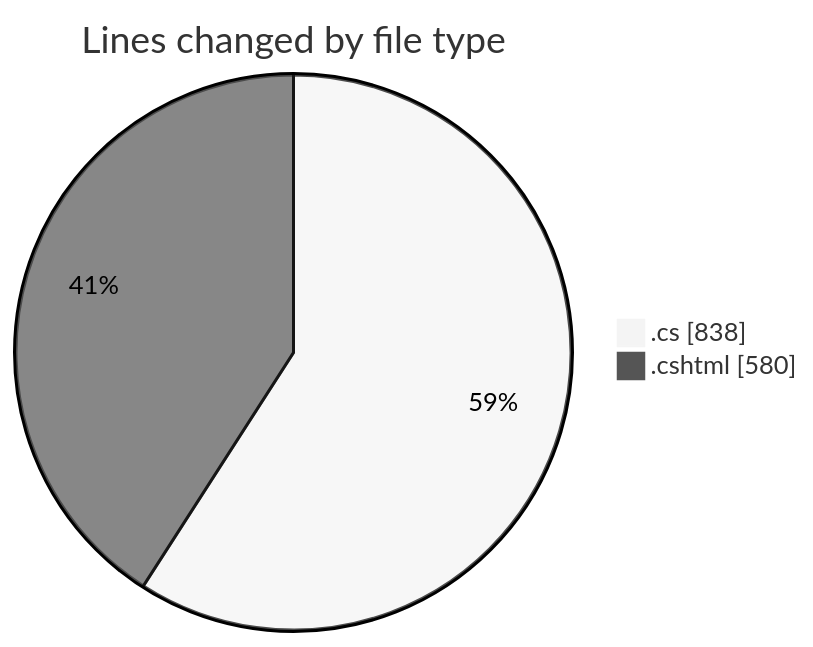
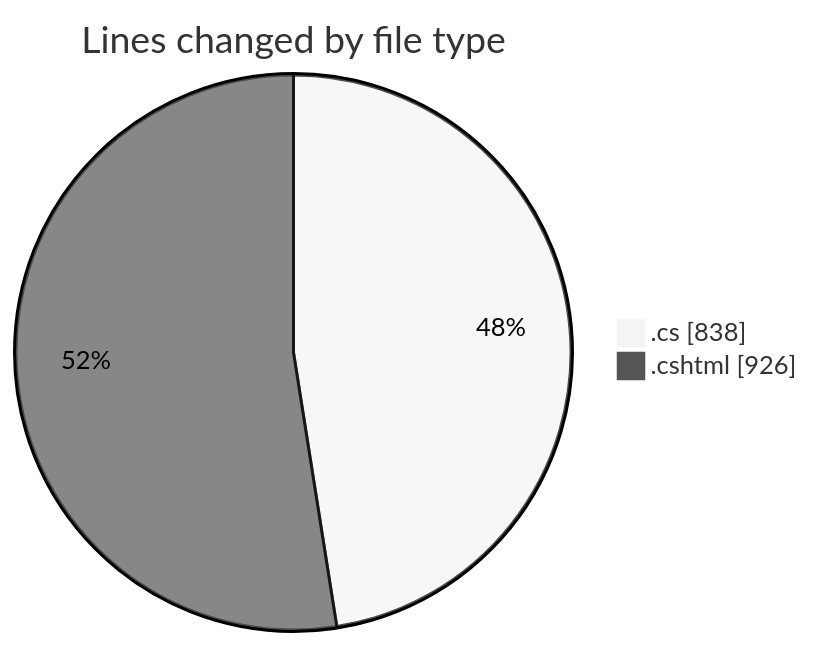
One commit to lephambinh05/code-tracking changed the first of 2 diagrams in 2025-07-22/nhahang/README.md. Above: the diagram before and after it, drawn with Mermaid (neutral theme). The commit also changed other lines of this file and 1 other file, not shown here.

````diff
--- a/2025-07-22/nhahang/README.md
+++ b/2025-07-22/nhahang/README.md
@@ -53,6 +60,6 @@
 ```mermaid
 pie showData
 title Lines changed by file type
 ".cs" : 838
-".cshtml" : 580
+".cshtml" : 926
 ```
````
